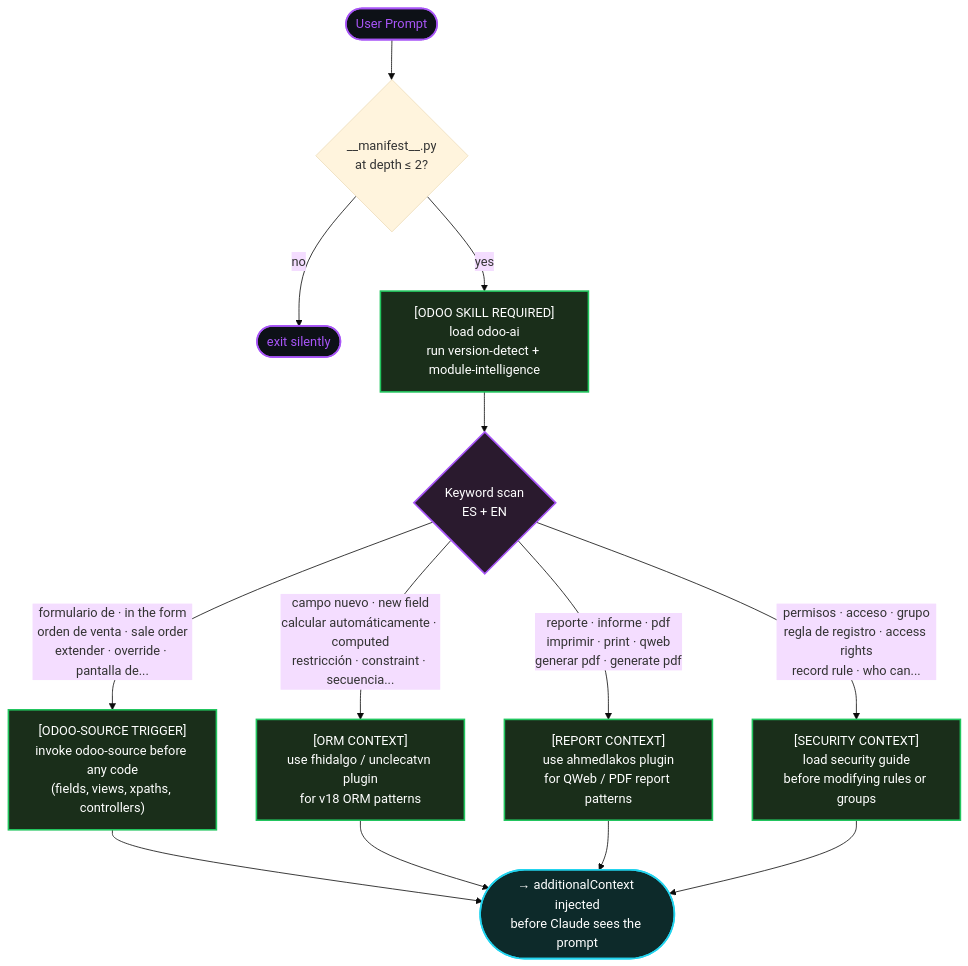
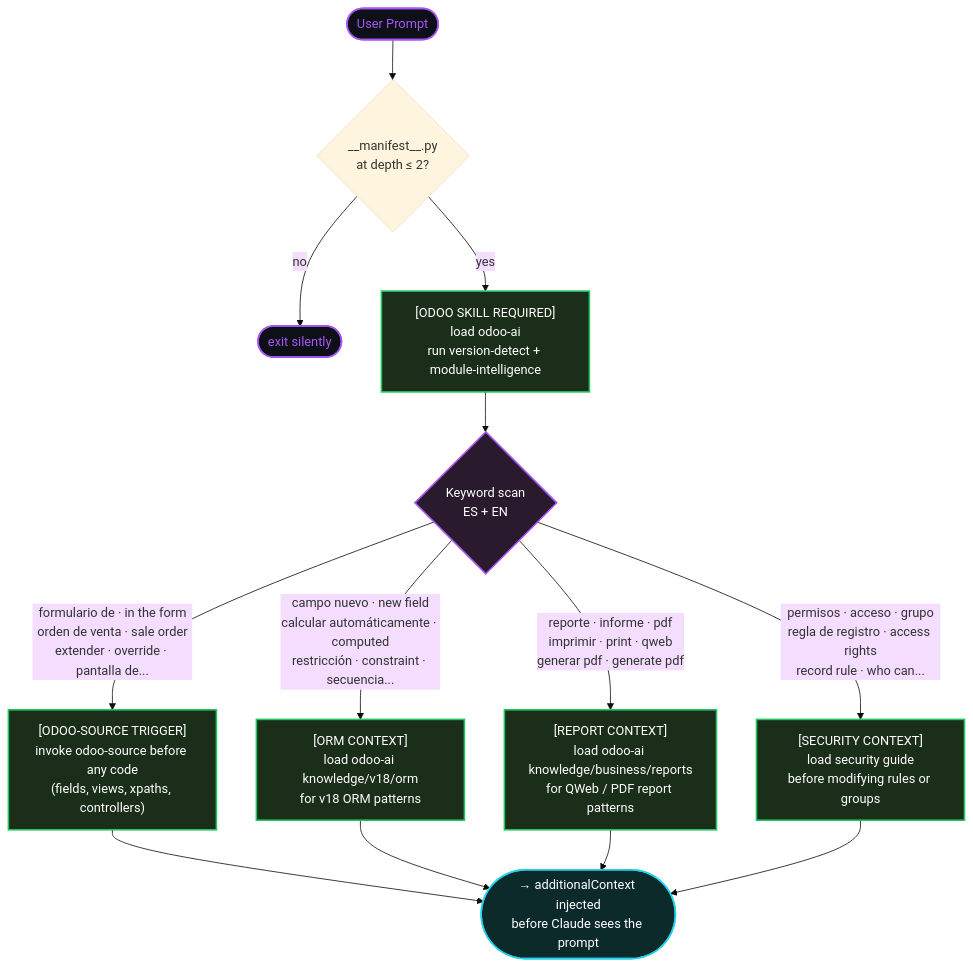
The third of 5 diagrams in README.md (Geraldow/odoo-ai), drawn with Mermaid (base theme) before and after one commit. The commit also changed other lines of this file and 1 other file, not shown here.

Commit message:
fix(install): exclude archived/ from skill copy, fix stale README references

````diff
--- a/README.md
+++ b/README.md
@@ -283,25 +283,25 @@
 ```mermaid
 flowchart TD
     P(["User Prompt"]) --> OD{"__manifest__.py\nat depth ≤ 2?"}
     OD -->|"no"| EXIT(["exit silently"])
     OD -->|"yes"| BASE["[ODOO SKILL REQUIRED]\nload odoo-ai\nrun version-detect + module-intelligence"]
 
     BASE --> KW{"Keyword scan\nES + EN"}
 
     KW -->|"formulario de · in the form\norden de venta · sale order\nextender · override · pantalla de..."| EXP["[ODOO-SOURCE TRIGGER]\ninvoke odoo-source before any code\n(fields, views, xpaths, controllers)"]
-    KW -->|"campo nuevo · new field\ncalcular automáticamente · computed\nrestricción · constraint · secuencia..."| ORM["[ORM CONTEXT]\nuse fhidalgo / unclecatvn plugin\nfor v18 ORM patterns"]
-    KW -->|"reporte · informe · pdf\nimprimir · print · qweb\ngenerar pdf · generate pdf"| REP["[REPORT CONTEXT]\nuse ahmedlakos plugin\nfor QWeb / PDF report patterns"]
+    KW -->|"campo nuevo · new field\ncalcular automáticamente · computed\nrestricción · constraint · secuencia..."| ORM["[ORM CONTEXT]\nload odoo-ai knowledge/v18/orm\nfor v18 ORM patterns"]
+    KW -->|"reporte · informe · pdf\nimprimir · print · qweb\ngenerar pdf · generate pdf"| REP["[REPORT CONTEXT]\nload odoo-ai knowledge/business/reports\nfor QWeb / PDF report patterns"]
     KW -->|"permisos · acceso · grupo\nregla de registro · access rights\nrecord rule · who can..."| SEC["[SECURITY CONTEXT]\nload security guide\nbefore modifying rules or groups"]
 
     EXP & ORM & REP & SEC --> INJ(["→ additionalContext injected\nbefore Claude sees the prompt"])
 
     classDef green  fill:#1a2e1a,stroke:#22c55e,stroke-width:2px,color:#fff
     classDef purple fill:#2a1a2e,stroke:#a855f7,stroke-width:2px,color:#fff
     classDef teal   fill:#0d2a2a,stroke:#22d3ee,stroke-width:2px,color:#fff
     classDef person fill:#0d1117,stroke:#a855f7,stroke-width:2px,color:#a855f7
 
     class BASE,EXP,ORM,REP,SEC green
     class KW purple
     class INJ teal
     class P,EXIT person
 ```
````
